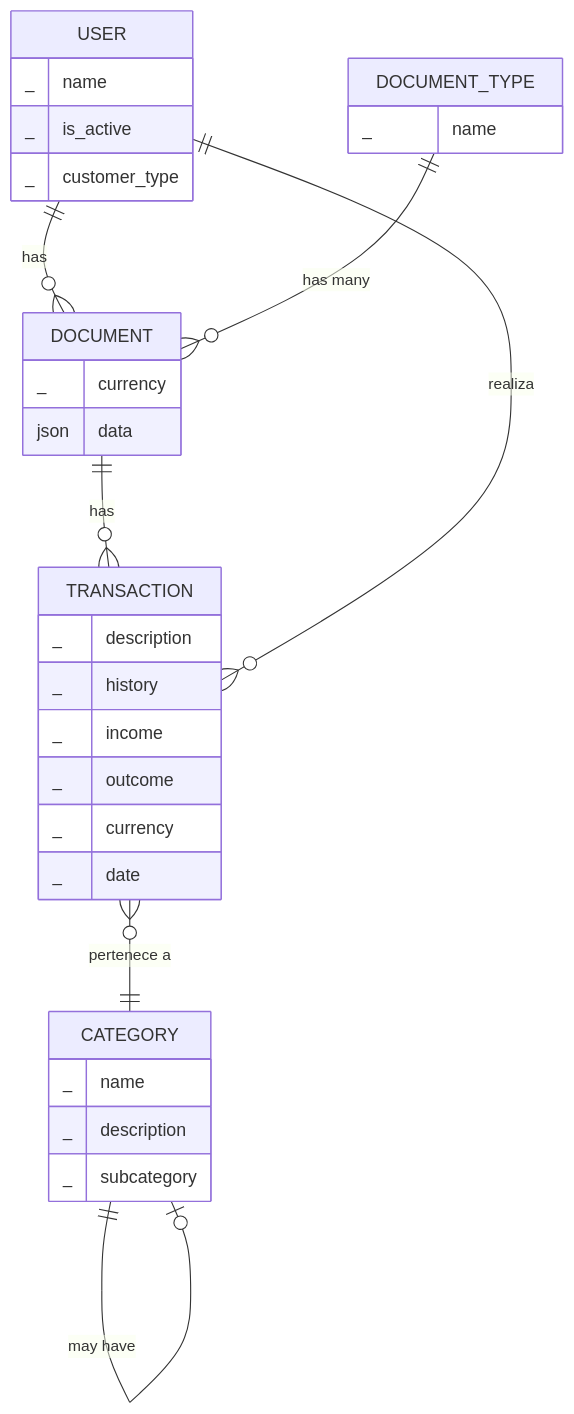
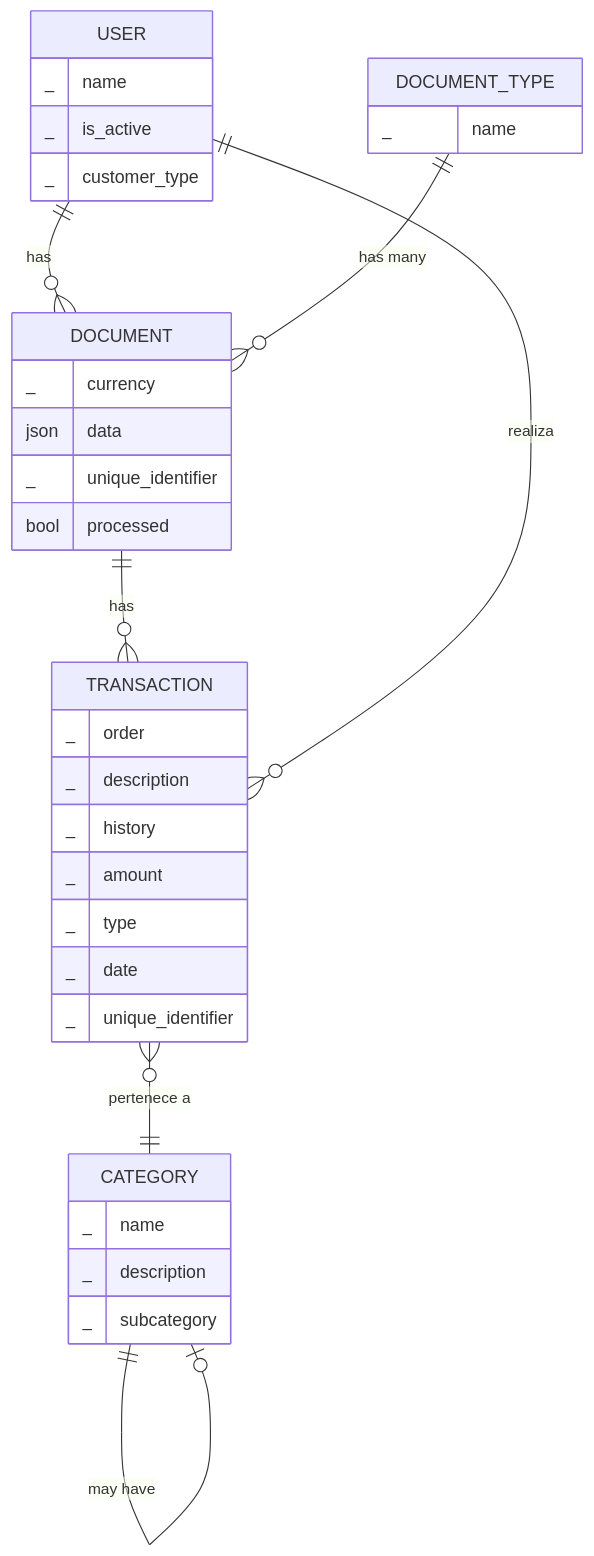
One commit to josueelias9/improving-BCP-organizate changed the diagram in new-service/UML.md. Above: the diagram before and after it, drawn with Mermaid. The commit also changed 7 other files, not shown here.

````diff
--- a/new-service/UML.md
+++ b/new-service/UML.md
@@ -5,43 +5,46 @@
 ```mermaid
 erDiagram
     USER {
         _ name
         _ is_active
         _ customer_type
     }
 
     TRANSACTION {
+        _ order
         _ description
         _ history
-        _ income
-        _ outcome
-        _ currency
+        _ amount
+        _ type
         _ date
+        _ unique_identifier
     }
 
     CATEGORY {
         _ name
         _ description
         _ subcategory
     }
 
     DOCUMENT_TYPE {
         _ name
     }
 
 
 
     DOCUMENT {
         _ currency
         json data
+        _ unique_identifier
+        bool processed
     }
 
 
     %% Relaciones
     USER ||--o{ DOCUMENT : "has"
     DOCUMENT ||--o{ TRANSACTION : "has"
     USER ||--o{ TRANSACTION : "realiza"
     TRANSACTION }o--|| CATEGORY : "pertenece a"
     CATEGORY ||--o| CATEGORY : "may have"
     DOCUMENT_TYPE ||--o{ DOCUMENT : "has many"
 ```
````
